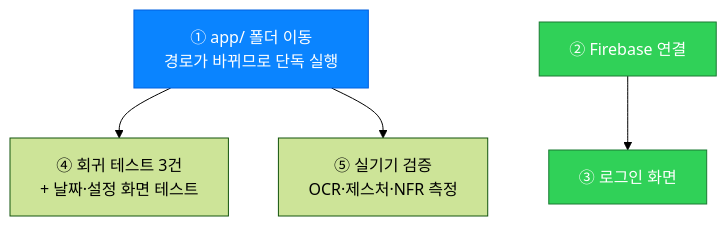
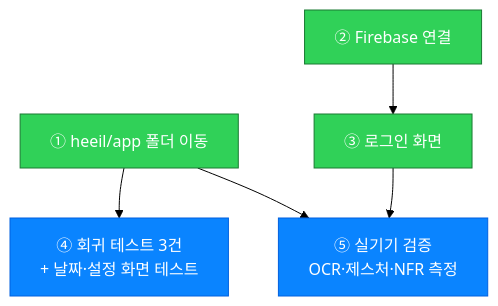
Before and after one commit to chohk1003/Keepy: the second of 3 diagrams in heeil/docs/STATUS.md, drawn with Mermaid (forest theme). The commit also changed other lines of this file and 3 other files, not shown here.

First line of the commit message:
문서: heeil/app 폴더 정비 결과 반영

````diff
--- a/heeil/docs/STATUS.md
+++ b/heeil/docs/STATUS.md
@@ -35,15 +36,15 @@
 ```mermaid
 flowchart TD
-    A["① app/ 폴더 이동<br/>경로가 바뀌므로 단독 실행"]:::now
+    A["① heeil/app 폴더 이동"]:::done
     B["② Firebase 연결"]:::done
     C["③ 로그인 화면"]:::done
-    D["④ 회귀 테스트 3건<br/>+ 날짜·설정 화면 테스트"]
-    E["⑤ 실기기 검증<br/>OCR·제스처·NFR 측정"]
+    D["④ 회귀 테스트 3건<br/>+ 날짜·설정 화면 테스트"]:::now
+    E["⑤ 실기기 검증<br/>OCR·제스처·NFR 측정"]:::now
 
     A --> D
     A --> E
-    B --> C
+    B --> C --> E
 
     classDef now fill:#0A84FF,stroke:#0060df,color:#fff
     classDef done fill:#30D158,stroke:#1a7a33,color:#fff
 ```
````
